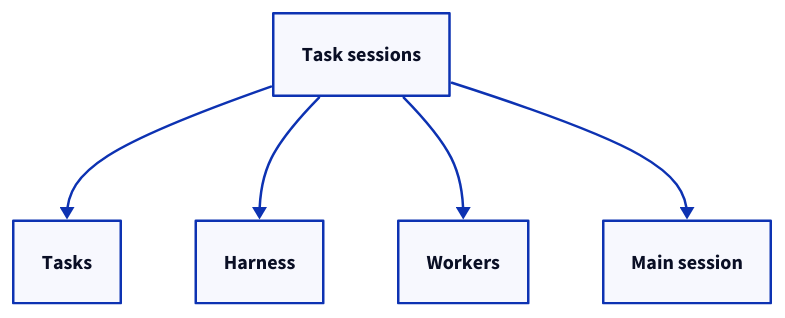
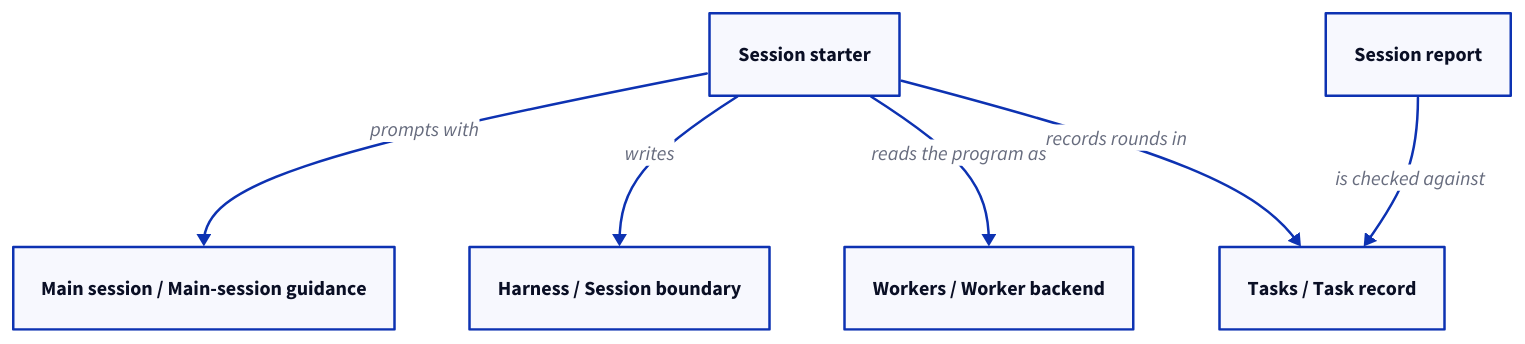
The third of 3 diagrams in specs/concorde/agents/task-session/module.md (FTOD/concorde), drawn with D2 before and after one commit. The commit also changed other lines of this file and 43 other files, not shown here.

````diff
--- a/specs/concorde/agents/task-session/module.md
+++ b/specs/concorde/agents/task-session/module.md
@@ -186,11 +230,13 @@
 ```d2
-tasksession: Task sessions
-tasks: Tasks
-harness: Harness
-workers: Workers
-mainsession: Main session
-tasksession -> tasks
-tasksession -> harness
-tasksession -> workers
-tasksession -> mainsession
+starter: Session starter
+report: Session report
+guidance: Main session / Main-session guidance
+boundary: Harness / Session boundary
+backend: Workers / Worker backend
+record: Tasks / Task record
+starter -> guidance: prompts with
+starter -> boundary: writes
+starter -> backend: reads the program as
+starter -> record: records rounds in
+report -> record: is checked against
 ```
````
